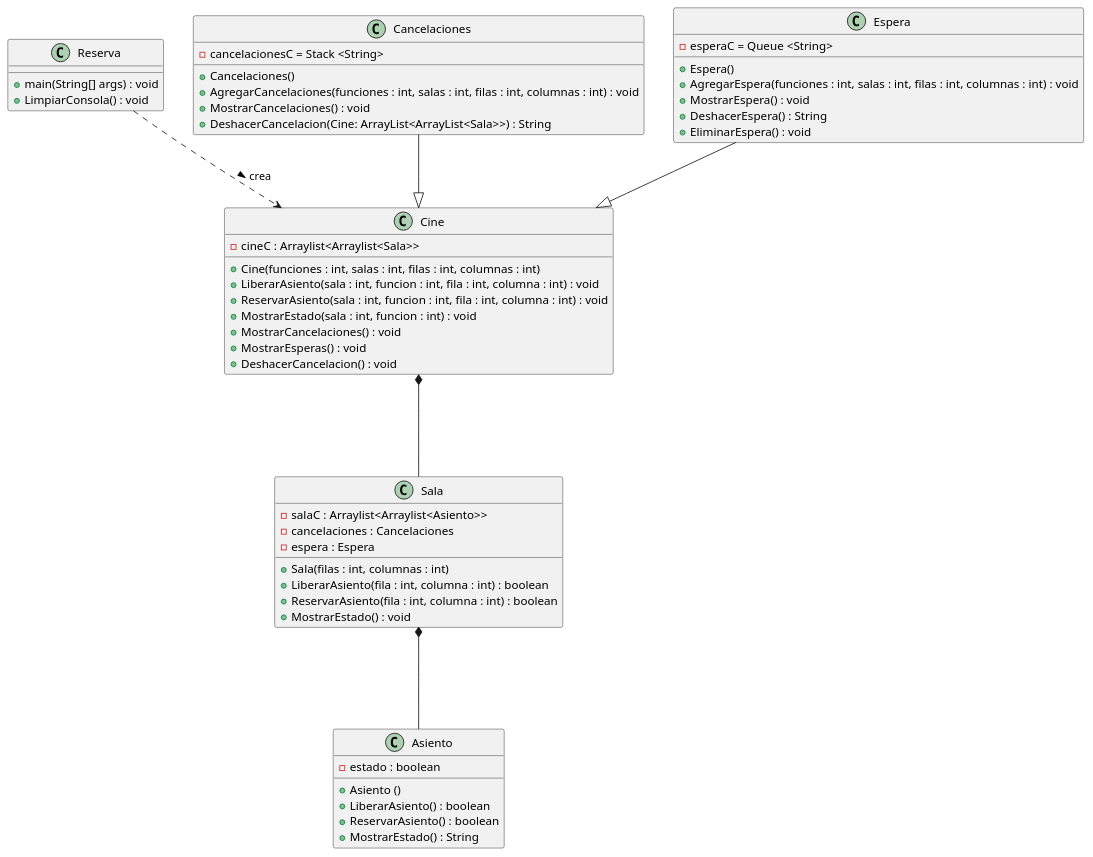
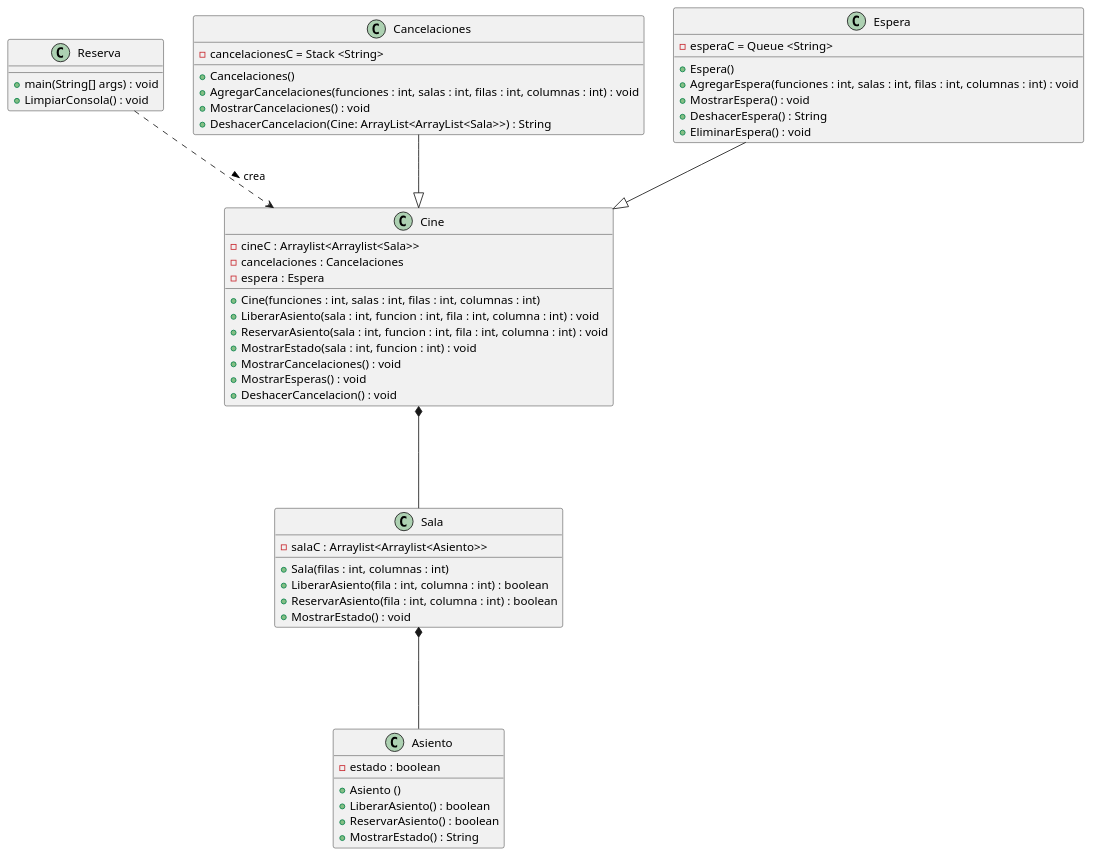
One commit to Kuripipeer/PR_Sistema_de_reservas_cine changed the diagram in src/Diagrama_Cine.puml. Above: the diagram before and after it, drawn with PlantUML. The commit also changed other lines of this file and 8 other files, not shown here.

```diff
--- a/src/Diagrama_Cine.puml
+++ b/src/Diagrama_Cine.puml
@@ -1,61 +1,61 @@
 @startuml Sistema de reservas para cine
 
 class Asiento {
 
     - estado : boolean
     + Asiento ()
     + LiberarAsiento() : boolean
     + ReservarAsiento() : boolean
     + MostrarEstado() : String
 }
 
 class Sala{
     - salaC : Arraylist<Arraylist<Asiento>>
-    - cancelaciones : Cancelaciones
-    - espera : Espera
     + Sala(filas : int, columnas : int)
     + LiberarAsiento(fila : int, columna : int) : boolean
     + ReservarAsiento(fila : int, columna : int) : boolean
     + MostrarEstado() : void
 }
 
 class Cine{
     - cineC : Arraylist<Arraylist<Sala>>
+    - cancelaciones : Cancelaciones
+    - espera : Espera
     + Cine(funciones : int, salas : int, filas : int, columnas : int)
     + LiberarAsiento(sala : int, funcion : int, fila : int, columna : int) : void
     + ReservarAsiento(sala : int, funcion : int, fila : int, columna : int) : void
     + MostrarEstado(sala : int, funcion : int) : void
     + MostrarCancelaciones() : void
     + MostrarEsperas() : void
     + DeshacerCancelacion() : void
 }
 
 class Reserva {
     + main(String[] args) : void
     + LimpiarConsola() : void
 }
 
 class Cancelaciones{
     - cancelacionesC = Stack <String>
     + Cancelaciones()
     + AgregarCancelaciones(funciones : int, salas : int, filas : int, columnas : int) : void
     + MostrarCancelaciones() : void
     + DeshacerCancelacion(Cine: ArrayList<ArrayList<Sala>>) : String
 }
 
 class Espera{
     - esperaC = Queue <String>
     + Espera()
     + AgregarEspera(funciones : int, salas : int, filas : int, columnas : int) : void
     + MostrarEspera() : void
     + DeshacerEspera() : String
     + EliminarEspera() : void
 }
 
 Cine *--- Sala
 Sala *--- Asiento
 Reserva ..> Cine : crea >
 Cancelaciones --|> Cine 
 Espera --|> Cine 
 
 @enduml
```
